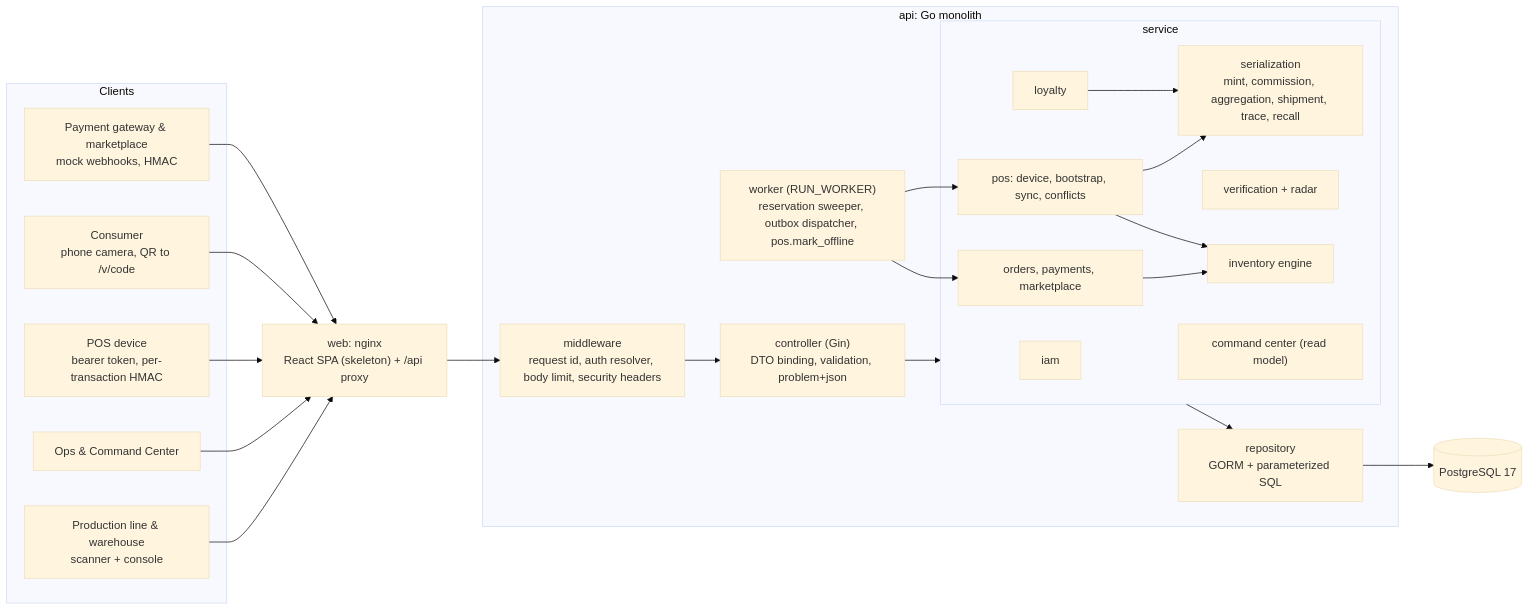
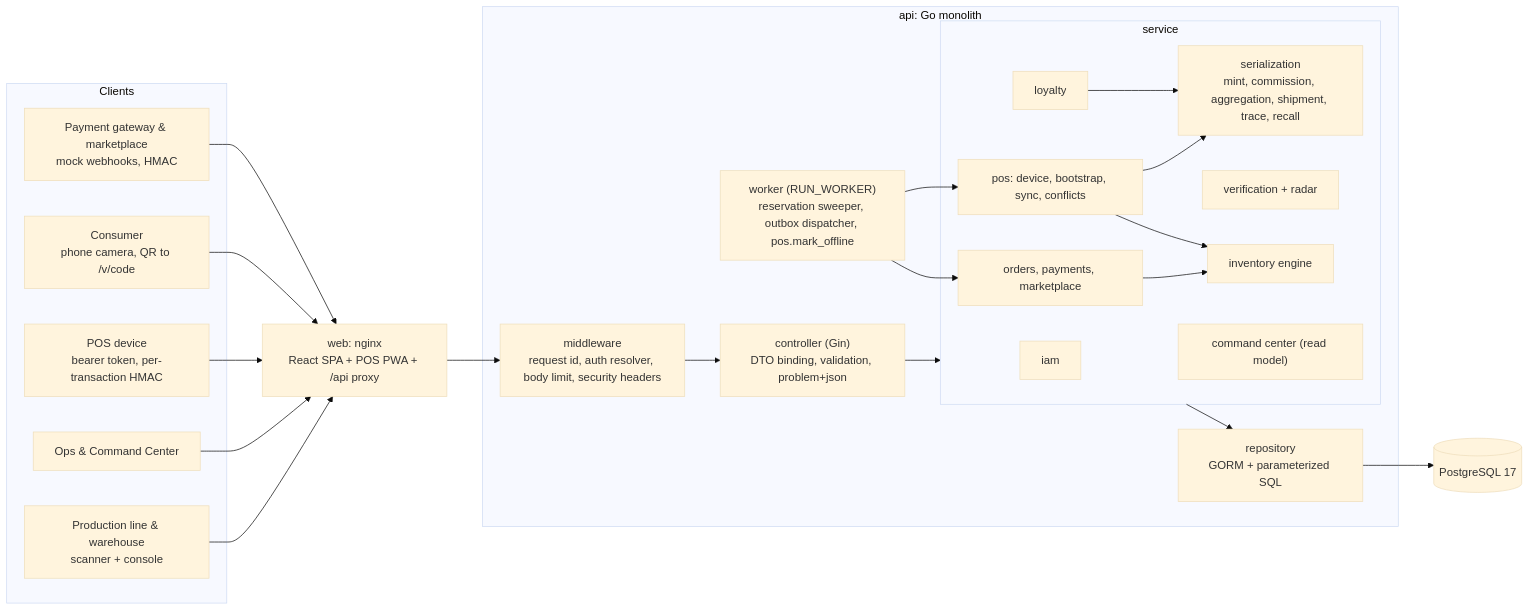
One commit to mydisha/mganik changed the first of 9 diagrams in ARCHITECTURE.md. Above: the diagram before and after it, drawn with Mermaid (base theme). The commit also changed other lines of this file and 3 other files, not shown here.

````diff
--- a/ARCHITECTURE.md
+++ b/ARCHITECTURE.md
@@ -79,45 +79,45 @@
 ```mermaid
 flowchart LR
   subgraph CLIENTS["Clients"]
     LINE["Production line & warehouse<br/>scanner + console"]
     POSD["POS device<br/>bearer token, per-transaction HMAC"]
     CONS["Consumer<br/>phone camera, QR to /v/code"]
     OPS["Ops & Command Center"]
     EXT["Payment gateway & marketplace<br/>mock webhooks, HMAC"]
   end
 
-  WEB["web: nginx<br/>React SPA (skeleton) + /api proxy"]
+  WEB["web: nginx<br/>React SPA + POS PWA + /api proxy"]
 
   subgraph APP["api: Go monolith"]
     MW["middleware<br/>request id, auth resolver, body limit, security headers"]
     CTL["controller (Gin)<br/>DTO binding, validation, problem+json"]
     subgraph SVC["service"]
       IAM["iam"]
       SER["serialization<br/>mint, commission, aggregation, shipment, trace, recall"]
       VER["verification + radar"]
       LOY["loyalty"]
       INV["inventory engine"]
       ORD["orders, payments, marketplace"]
       PSY["pos: device, bootstrap, sync, conflicts"]
       CCQ["command center (read model)"]
     end
     REPO["repository<br/>GORM + parameterized SQL"]
     WRK["worker (RUN_WORKER)<br/>reservation sweeper, outbox dispatcher, pos.mark_offline"]
   end
 
   DB[("PostgreSQL 17")]
 
   LINE --> WEB
   OPS --> WEB
   POSD --> WEB
   CONS --> WEB
   EXT --> WEB
   WEB --> MW --> CTL --> SVC
   ORD --> INV
   PSY --> INV
   PSY --> SER
   LOY --> SER
   SVC --> REPO --> DB
   WRK --> ORD
   WRK --> PSY
 ```
````
